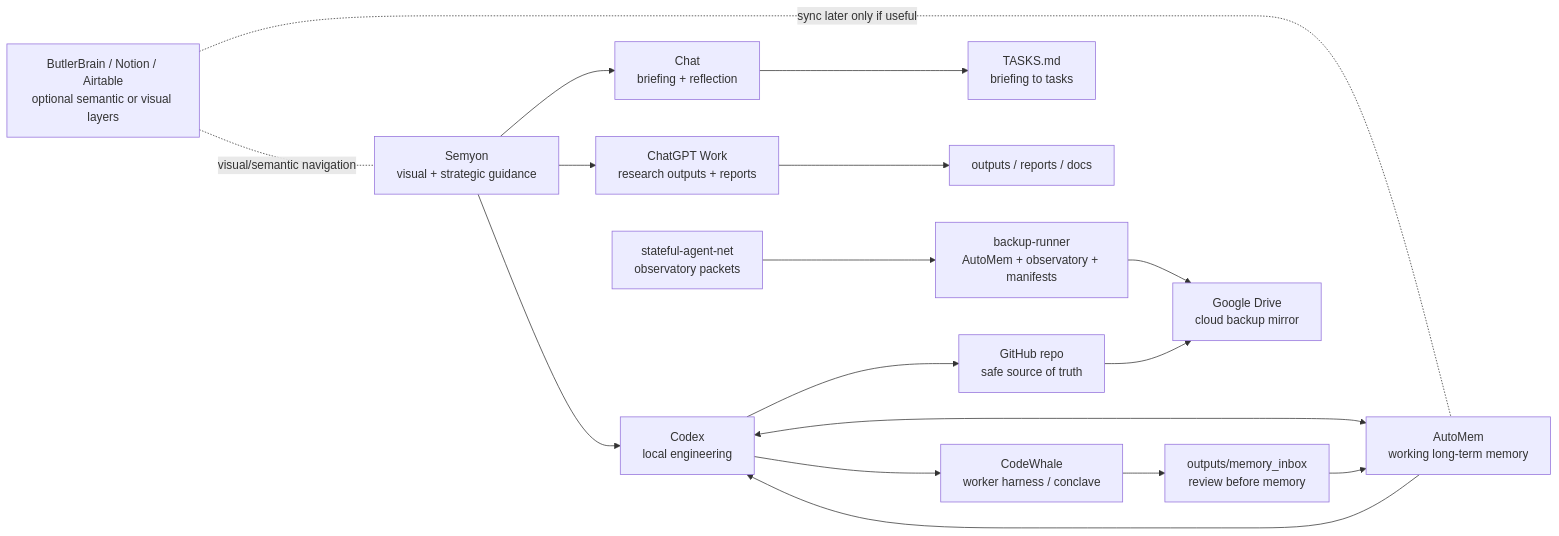
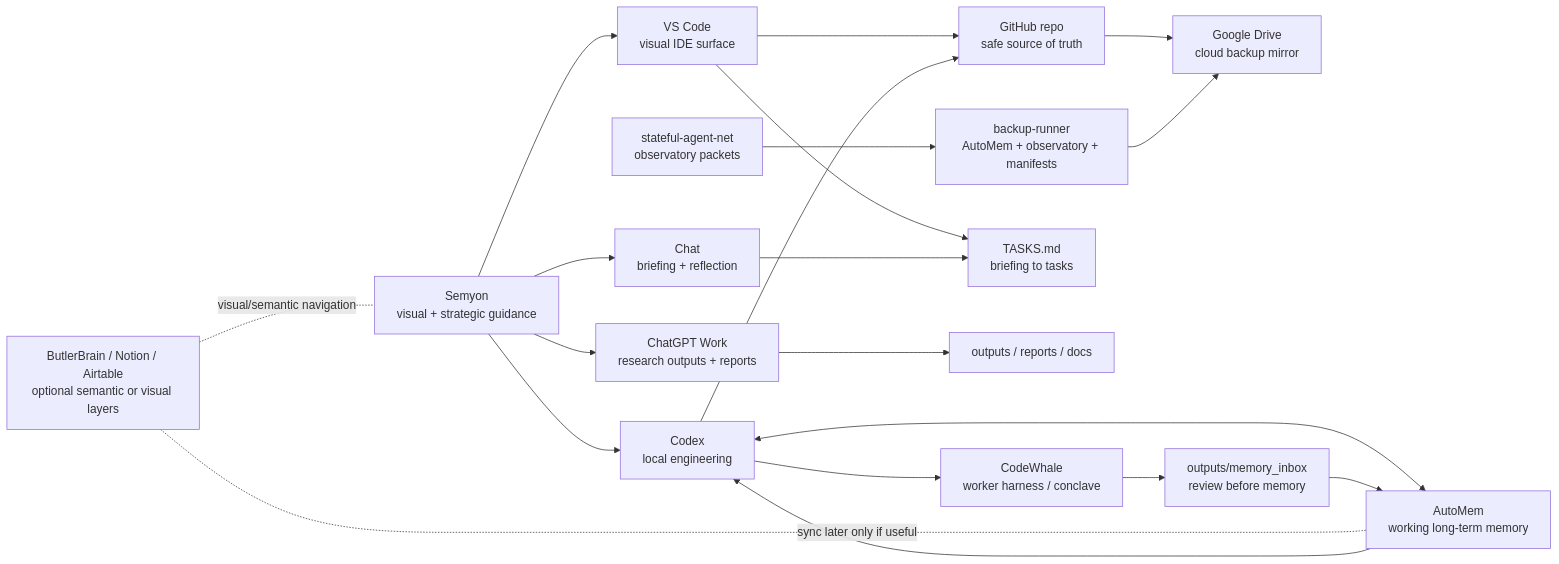
The first of 6 diagrams in VISUAL_MAP.md (TeaShaman-cyber/theseus-local-lab), drawn with Mermaid before and after one commit. The commit also changed 7 other files, not shown here.

````diff
--- a/VISUAL_MAP.md
+++ b/VISUAL_MAP.md
@@ -9,29 +9,33 @@
 ```mermaid
 flowchart LR
     User["Semyon\nvisual + strategic guidance"]
     Chat["Chat\nbriefing + reflection"]
     Work["ChatGPT Work\nresearch outputs + reports"]
     Codex["Codex\nlocal engineering"]
+    VSCode["VS Code\nvisual IDE surface"]
     AutoMem["AutoMem\nworking long-term memory"]
     Git["GitHub repo\nsafe source of truth"]
     Drive["Google Drive\ncloud backup mirror"]
     Butler["ButlerBrain / Notion / Airtable\noptional semantic or visual layers"]
     CodeWhale["CodeWhale\nworker harness / conclave"]
 
     User --> Chat
     User --> Work
     User --> Codex
+    User --> VSCode
+    VSCode --> Git
+    VSCode --> TASKS
     Chat --> TASKS["TASKS.md\nbriefing to tasks"]
     Work --> Reports["outputs / reports / docs"]
     Codex --> Git
     Codex <--> AutoMem
     Codex --> CodeWhale
     CodeWhale --> Inbox["outputs/memory_inbox\nreview before memory"]
     Inbox --> AutoMem
     AutoMem --> Codex
     Git --> Drive
     Backups["backup-runner\nAutoMem + observatory + manifests"] --> Drive
     Observatory["stateful-agent-net\nobservatory packets"] --> Backups
     Butler -. "sync later only if useful" .- AutoMem
     Butler -. "visual/semantic navigation" .- User
 ```
````
